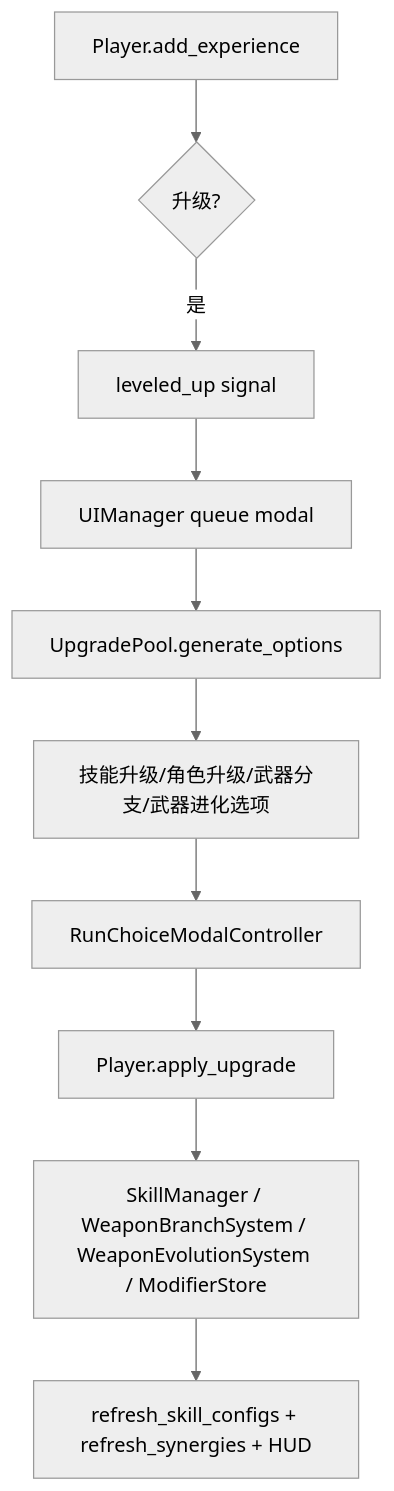
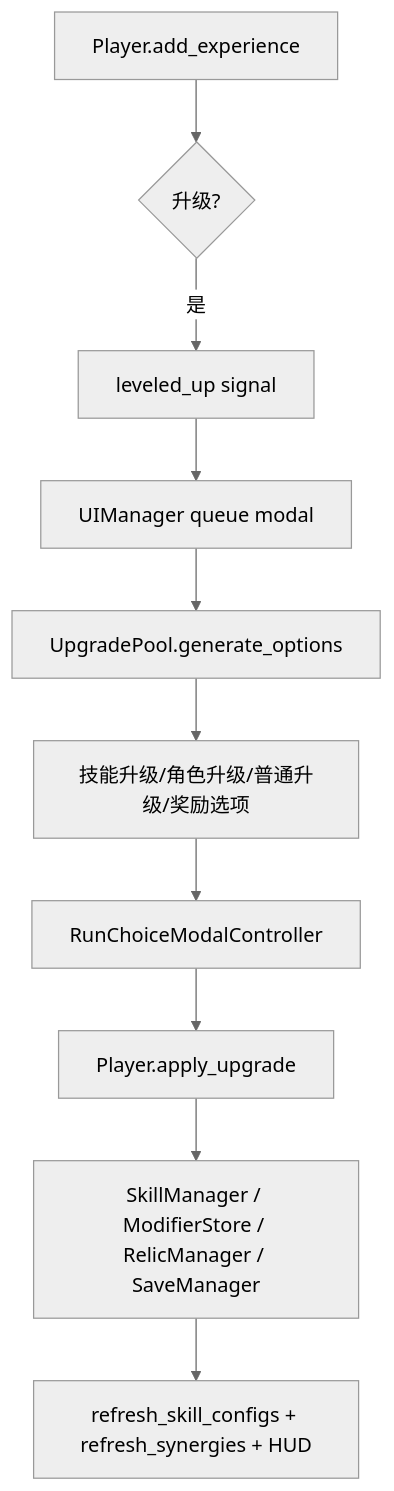
The seventh of 8 diagrams in docs/PROJECT_SYSTEMS_OVERVIEW.md (dengjunxicool-ai/roguelike_survivor), drawn with Mermaid (neutral theme) before and after one commit. The commit also changed other lines of this file and 57 other files, not shown here.

````diff
--- a/docs/PROJECT_SYSTEMS_OVERVIEW.md
+++ b/docs/PROJECT_SYSTEMS_OVERVIEW.md
@@ -156,12 +155,12 @@
 ```mermaid
 flowchart TD
     A["Player.add_experience"] --> B{"升级?"}
     B -- 是 --> C["leveled_up signal"]
     C --> D["UIManager queue modal"]
     D --> E["UpgradePool.generate_options"]
-    E --> F["技能升级/角色升级/武器分支/武器进化选项"]
+    E --> F["技能升级/角色升级/普通升级/奖励选项"]
     F --> G["RunChoiceModalController"]
     G --> H["Player.apply_upgrade"]
-    H --> I["SkillManager / WeaponBranchSystem / WeaponEvolutionSystem / ModifierStore"]
+    H --> I["SkillManager / ModifierStore / RelicManager / SaveManager"]
     I --> J["refresh_skill_configs + refresh_synergies + HUD"]
 ```
````
